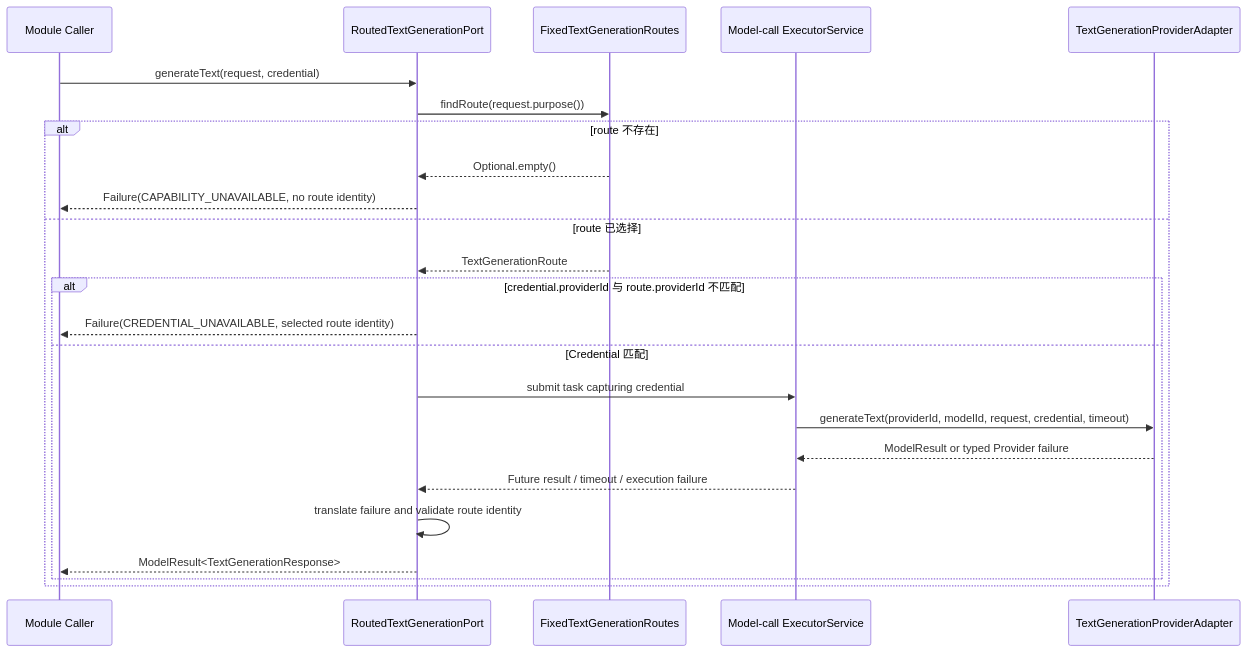
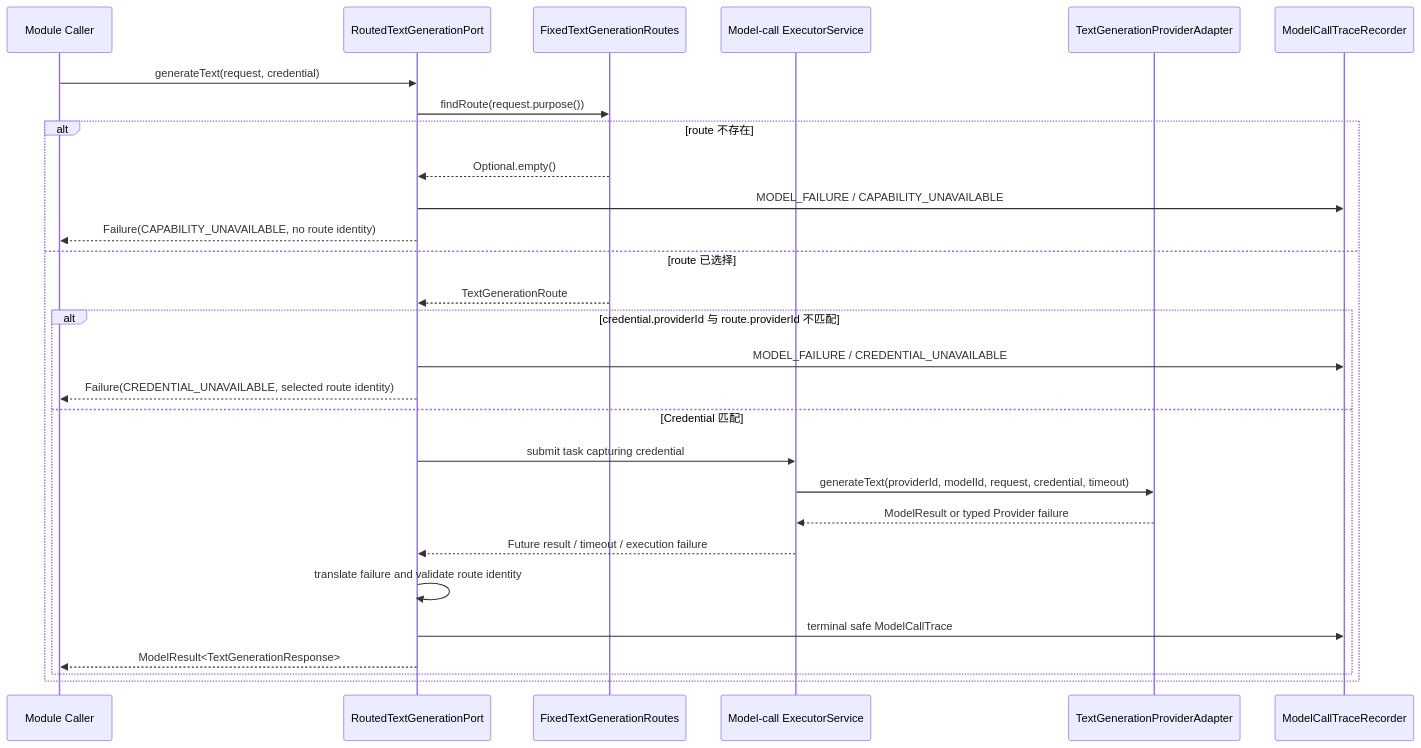
Before and after one commit to AnnnaSun/DailyLanguage: the diagram in docs/flow/text-generation-credential-propagation.md, drawn with Mermaid. The commit also changed other lines of this file and 13 other files, not shown here.

````diff
--- a/docs/flow/text-generation-credential-propagation.md
+++ b/docs/flow/text-generation-credential-propagation.md
@@ -20,27 +20,31 @@
 ```mermaid
 sequenceDiagram
     participant Caller as Module Caller
     participant Port as RoutedTextGenerationPort
     participant Routes as FixedTextGenerationRoutes
     participant Executor as Model-call ExecutorService
     participant Adapter as TextGenerationProviderAdapter
+    participant Recorder as ModelCallTraceRecorder
 
     Caller->>Port: generateText(request, credential)
     Port->>Routes: findRoute(request.purpose())
     alt route 不存在
         Routes-->>Port: Optional.empty()
+        Port->>Recorder: MODEL_FAILURE / CAPABILITY_UNAVAILABLE
         Port-->>Caller: Failure(CAPABILITY_UNAVAILABLE, no route identity)
     else route 已选择
         Routes-->>Port: TextGenerationRoute
         alt credential.providerId 与 route.providerId 不匹配
+            Port->>Recorder: MODEL_FAILURE / CREDENTIAL_UNAVAILABLE
             Port-->>Caller: Failure(CREDENTIAL_UNAVAILABLE, selected route identity)
         else Credential 匹配
             Port->>Executor: submit task capturing credential
             Executor->>Adapter: generateText(providerId, modelId, request, credential, timeout)
             Adapter-->>Executor: ModelResult or typed Provider failure
             Executor-->>Port: Future result / timeout / execution failure
             Port->>Port: translate failure and validate route identity
+            Port->>Recorder: terminal safe ModelCallTrace
             Port-->>Caller: ModelResult<TextGenerationResponse>
         end
     end
 ```
````
